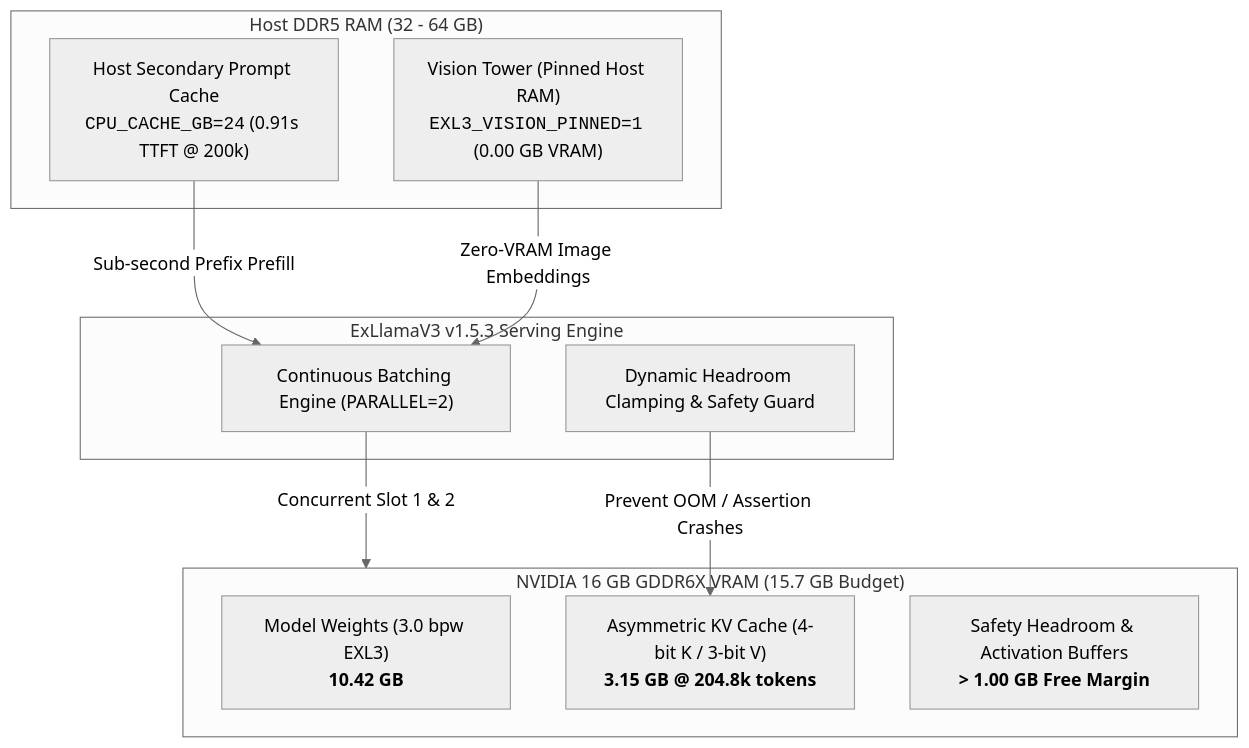
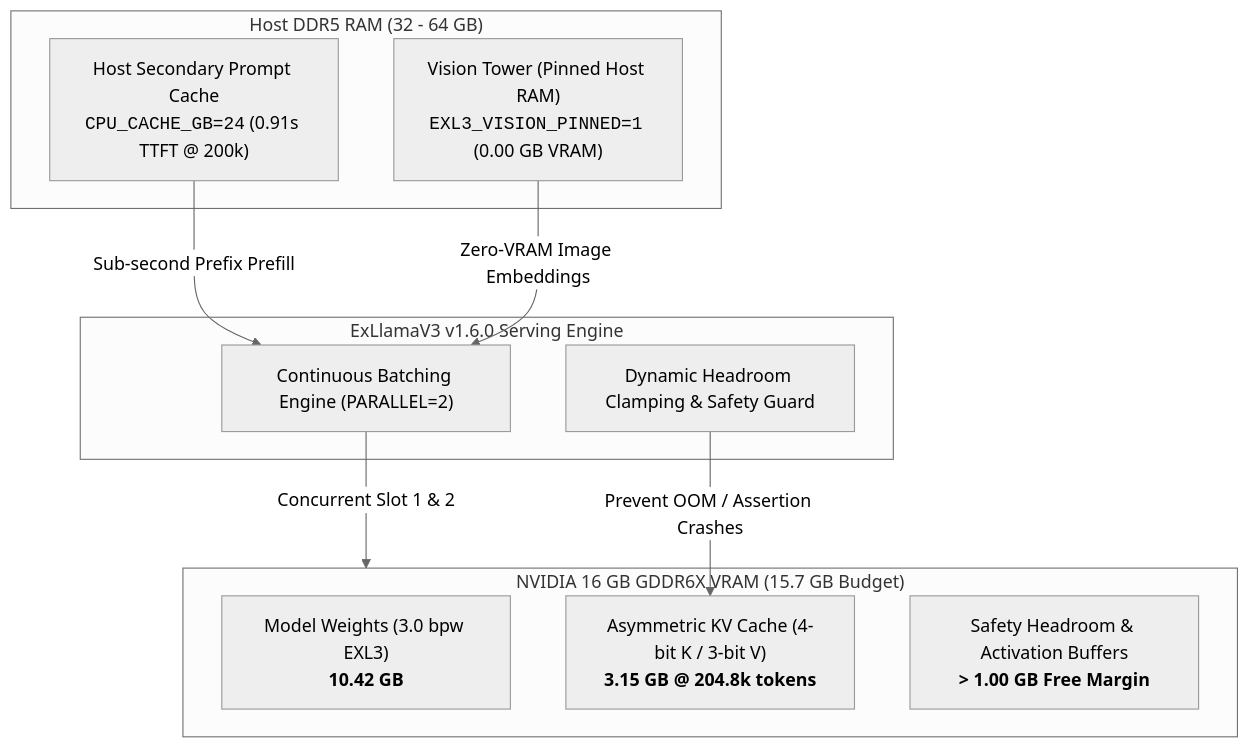
One commit to saas-home/Qwen3.8-27B-NV-16GB changed the diagram in README.md. Above: the diagram before and after it, drawn with Mermaid (neutral theme). The commit also changed other lines of this file and 6 other files, not shown here.

First line of the commit message:
chore(engine): bump ExLlamaV3 default to v1.6.0 across wheels, launchers, .env, and docs

````diff
--- a/README.md
+++ b/README.md
@@ -83,23 +83,23 @@
 ```mermaid
 flowchart TD
     subgraph GPU_VRAM["NVIDIA 16 GB GDDR6X VRAM (15.7 GB Budget)"]
         Weights["Model Weights (3.0 bpw EXL3)<br/><b>10.42 GB</b>"]
         KVCache["Asymmetric KV Cache (4-bit K / 3-bit V)<br/><b>3.15 GB @ 204.8k tokens</b>"]
         Headroom["Safety Headroom & Activation Buffers<br/><b>> 1.00 GB Free Margin</b>"]
     end
 
     subgraph HOST_RAM["Host DDR5 RAM (32 - 64 GB)"]
         Vision["Vision Tower (Pinned Host RAM)<br/><code>EXL3_VISION_PINNED=1</code> (0.00 GB VRAM)"]
         CPUCache["Host Secondary Prompt Cache<br/><code>CPU_CACHE_GB=24</code> (0.91s TTFT @ 200k)"]
     end
 
-    subgraph ENGINE["ExLlamaV3 v1.5.3 Serving Engine"]
+    subgraph ENGINE["ExLlamaV3 v1.6.0 Serving Engine"]
         Batcher["Continuous Batching Engine (PARALLEL=2)"]
         Clamp["Dynamic Headroom Clamping & Safety Guard"]
     end
 
     Batcher -->|Concurrent Slot 1 & 2| GPU_VRAM
     CPUCache -->|Sub-second Prefix Prefill| Batcher
     Vision -->|Zero-VRAM Image Embeddings| Batcher
     Clamp -->|Prevent OOM / Assertion Crashes| KVCache
 ```
````
